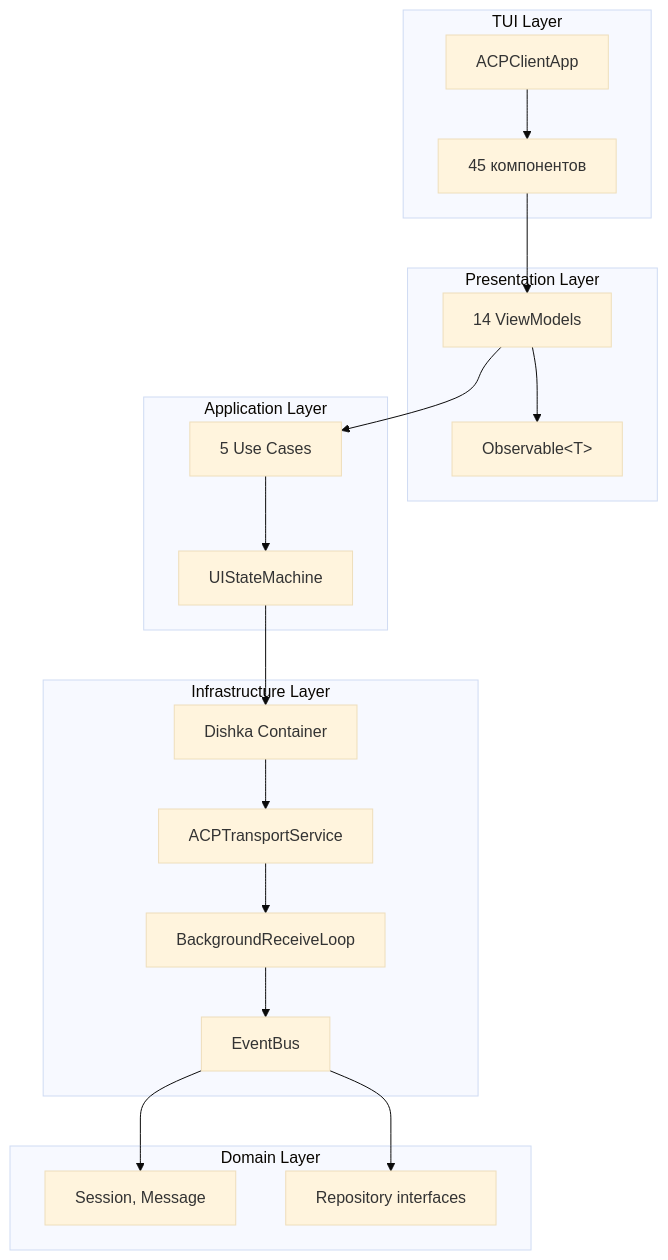
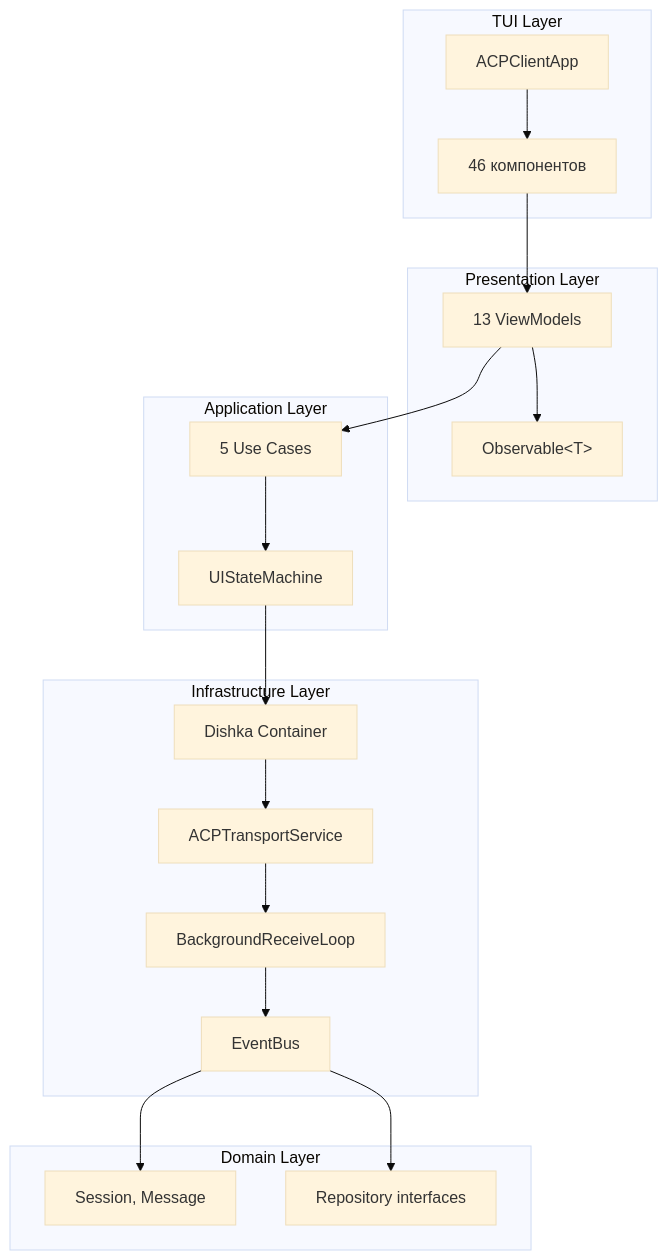
One commit to pese-git/codelab-agent changed the diagram in doc/product/developer-guide/core/client-development.md. Above: the diagram before and after it, drawn with Mermaid (base theme). The commit also changed other lines of this file and 3 other files, not shown here.

````diff
--- a/doc/product/developer-guide/core/client-development.md
+++ b/doc/product/developer-guide/core/client-development.md
@@ -9,34 +9,34 @@
 ```mermaid
 graph TB
     subgraph TUI["TUI Layer"]
         App[ACPClientApp]
-        Components[45 компонентов]
+        Components[46 компонентов]
     end
     
     subgraph Presentation["Presentation Layer"]
-        VM[14 ViewModels]
+        VM[13 ViewModels]
         Obs["Observable&lt;T&gt;"]
     end
     
     subgraph Application["Application Layer"]
         UC[5 Use Cases]
         SM[UIStateMachine]
     end
     
     subgraph Infrastructure["Infrastructure Layer"]
         DI[Dishka Container]
         TS[ACPTransportService]
         BgLoop[BackgroundReceiveLoop]
         EB[EventBus]
     end
     
     subgraph Domain["Domain Layer"]
         Entities["Session, Message"]
         Repos[Repository interfaces]
     end
     
     App --> Components --> VM --> Obs
     VM --> UC --> SM
     SM --> DI --> TS --> BgLoop --> EB
     EB --> Entities & Repos
 ```
````
